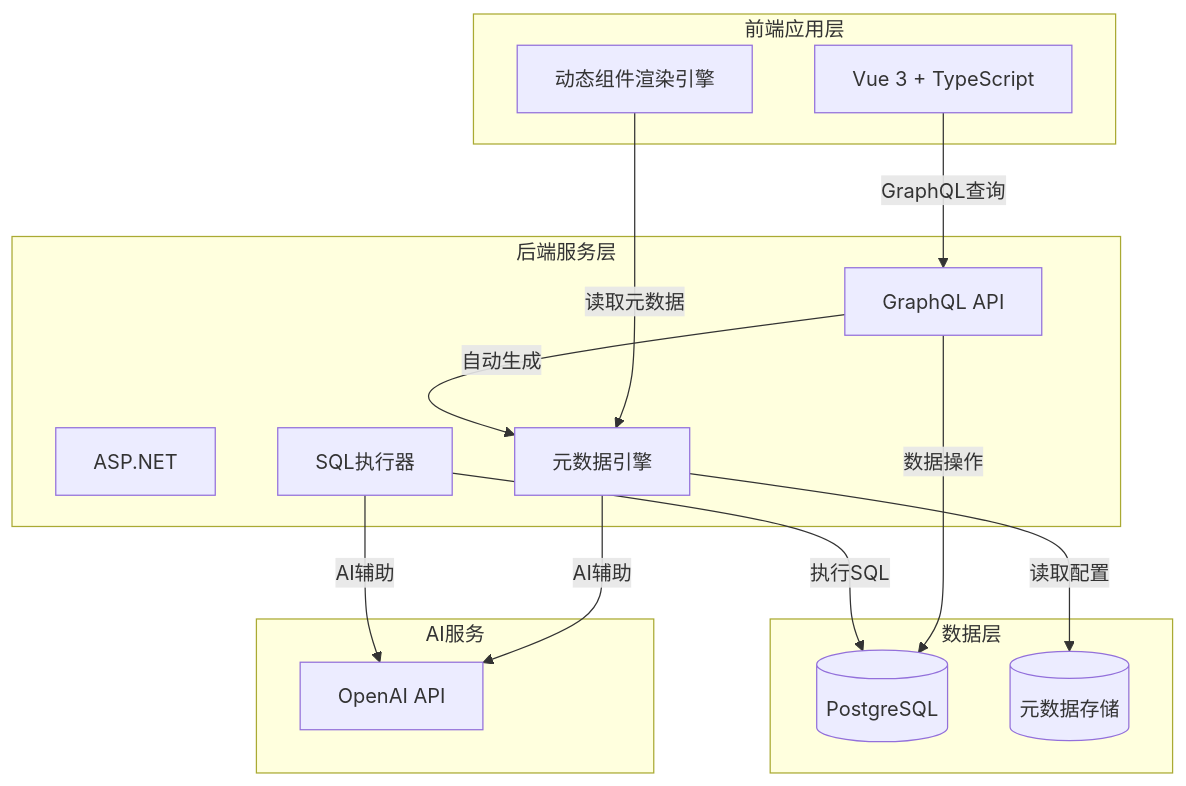
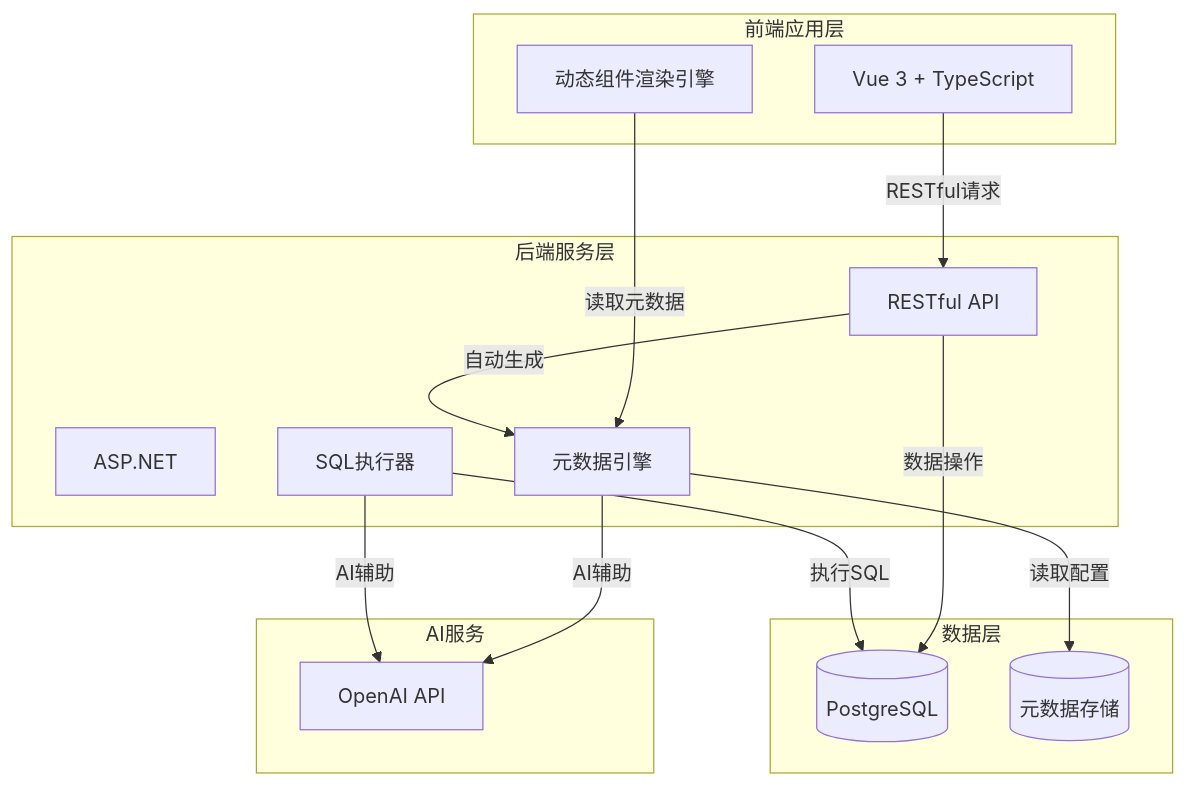
The first of 3 diagrams in docs/architecture/system-architecture.md (HeChuQIU/RuYi), drawn with Mermaid before and after one commit. The commit also changed other lines of this file and 6 other files, not shown here.

First line of the commit message:
更新技术栈和文档：迁移到 vue-admin-better 和 RESTful API

````diff
--- a/docs/architecture/system-architecture.md
+++ b/docs/architecture/system-architecture.md
@@ -5,32 +5,32 @@
 ```mermaid
 graph TB
     subgraph Frontend["前端应用层"]
         Vue[Vue 3 + TypeScript]
         DynamicComponents[动态组件渲染引擎]
     end
     
     subgraph Backend["后端服务层"]
         ASPNET[ASP.NET]
-        GraphQL[GraphQL API]
+        RESTAPI[RESTful API]
         MetadataEngine[元数据引擎]
         SQLExecutor[SQL执行器]
     end
     
     subgraph DataLayer["数据层"]
         PostgreSQL[(PostgreSQL)]
         MetadataDB[(元数据存储)]
     end
     
     subgraph AIService["AI服务"]
         OpenAI[OpenAI API]
     end
     
-    Vue -->|GraphQL查询| GraphQL
+    Vue -->|RESTful请求| RESTAPI
     DynamicComponents -->|读取元数据| MetadataEngine
-    GraphQL -->|自动生成| MetadataEngine
+    RESTAPI -->|自动生成| MetadataEngine
     MetadataEngine -->|读取配置| MetadataDB
-    GraphQL -->|数据操作| PostgreSQL
+    RESTAPI -->|数据操作| PostgreSQL
     SQLExecutor -->|执行SQL| PostgreSQL
     MetadataEngine -->|AI辅助| OpenAI
     SQLExecutor -->|AI辅助| OpenAI
 ```
````
